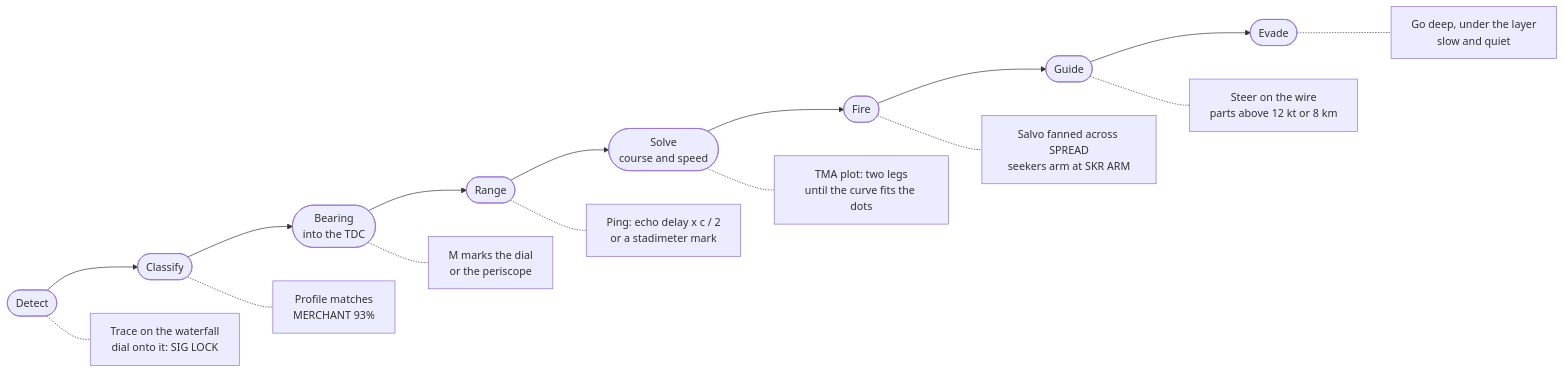
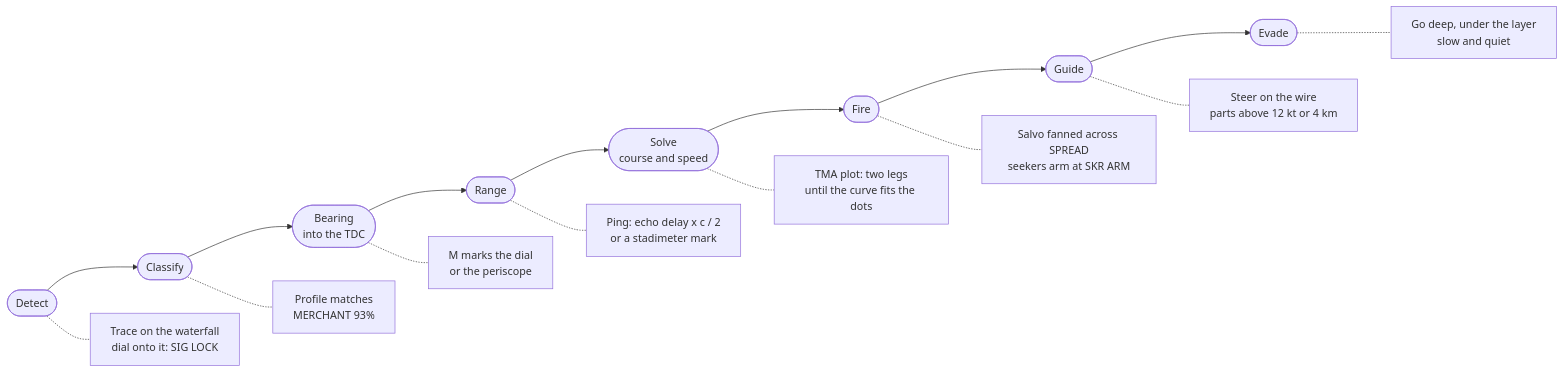
The first of 4 diagrams in README.md (JFrusher/SilentSolution), drawn with Mermaid before and after one commit. The commit also changed other lines of this file and 3 other files, not shown here.

````diff
--- a/README.md
+++ b/README.md
@@ -118,12 +118,12 @@
 ```mermaid
 flowchart LR
     A([Detect]) --> B([Classify]) --> C([Bearing<br/>into the TDC]) --> D([Range]) --> E([Solve<br/>course and speed]) --> F([Fire]) --> G([Guide]) --> H([Evade])
     A -.- a[Trace on the waterfall<br/>dial onto it: SIG LOCK]
     B -.- b[Profile matches<br/>MERCHANT 93%]
     C -.- c[M marks the dial<br/>or the periscope]
     D -.- d[Ping: echo delay x c / 2<br/>or a stadimeter mark]
     E -.- e[TMA plot: two legs<br/>until the curve fits the dots]
     F -.- f[Salvo fanned across SPREAD<br/>seekers arm at SKR ARM]
-    G -.- g[Steer on the wire<br/>parts above 12 kt or 8 km]
+    G -.- g[Steer on the wire<br/>parts above 12 kt or 4 km]
     H -.- h[Go deep, under the layer<br/>slow and quiet]
 ```
````
